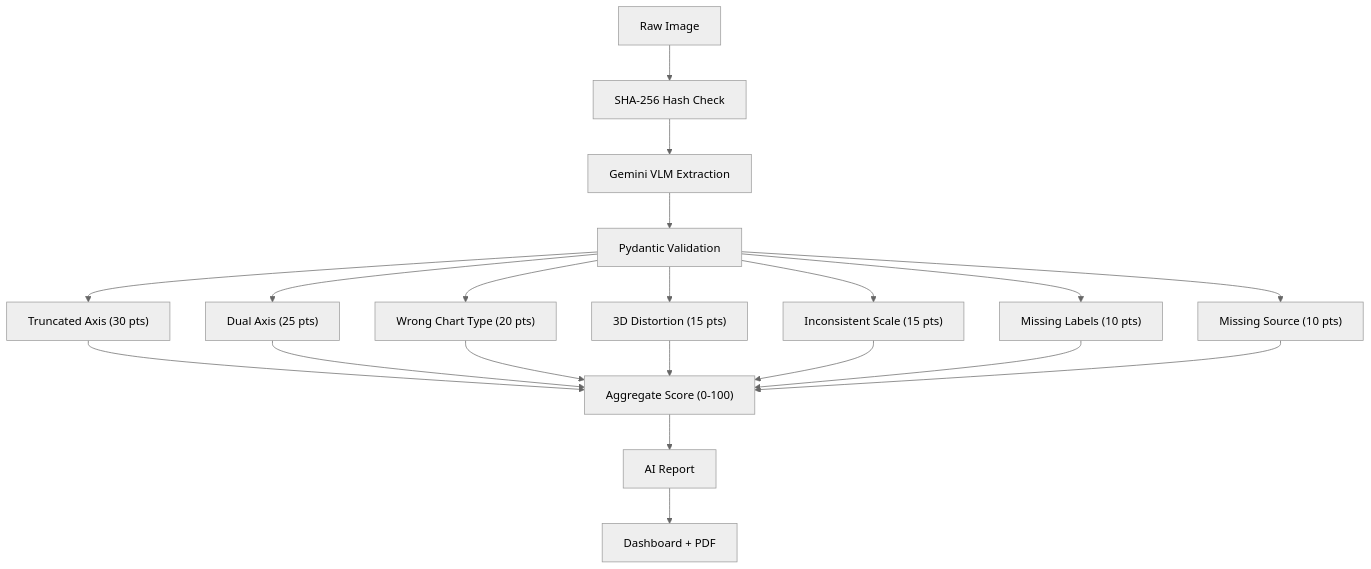
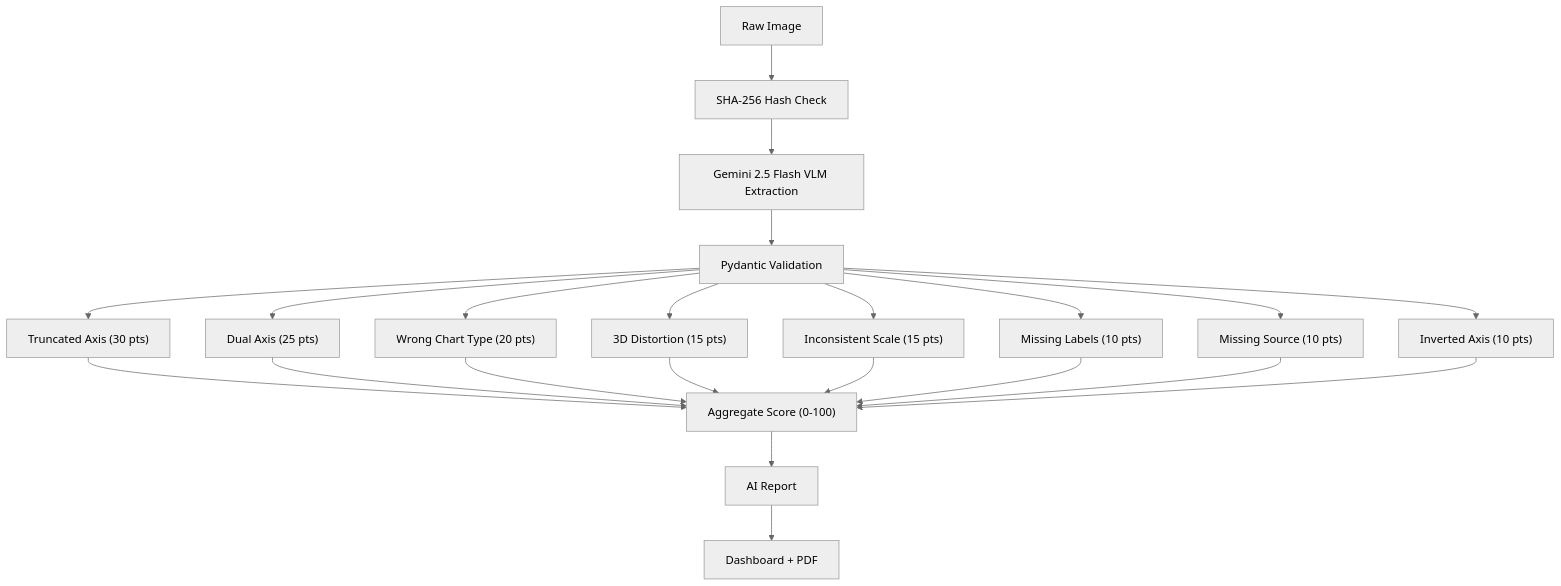
The second of 2 diagrams in README.md (mansi-wagh/ChartLie_Detector-AI), drawn with Mermaid (neutral theme) before and after one commit. The commit also changed other lines of this file, not shown here.

````diff
--- a/README.md
+++ b/README.md
@@ -113,16 +98,17 @@
 ```mermaid
 flowchart TD
     A["Raw Image"] --> B["SHA-256 Hash Check"]
-    B --> C["Gemini VLM Extraction"]
+    B --> C["Gemini 2.5 Flash VLM Extraction"]
     C --> D["Pydantic Validation"]
     D --> E1["Truncated Axis (30 pts)"]
     D --> E2["Dual Axis (25 pts)"]
     D --> E3["Wrong Chart Type (20 pts)"]
     D --> E4["3D Distortion (15 pts)"]
     D --> E5["Inconsistent Scale (15 pts)"]
     D --> E6["Missing Labels (10 pts)"]
     D --> E7["Missing Source (10 pts)"]
-    E1 & E2 & E3 & E4 & E5 & E6 & E7 --> F["Aggregate Score (0-100)"]
+    D --> E8["Inverted Axis (10 pts)"]
+    E1 & E2 & E3 & E4 & E5 & E6 & E7 & E8 --> F["Aggregate Score (0-100)"]
     F --> G["AI Report"]
     G --> H["Dashboard + PDF"]
 ```
````
